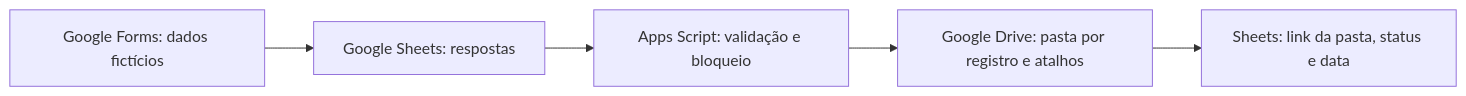
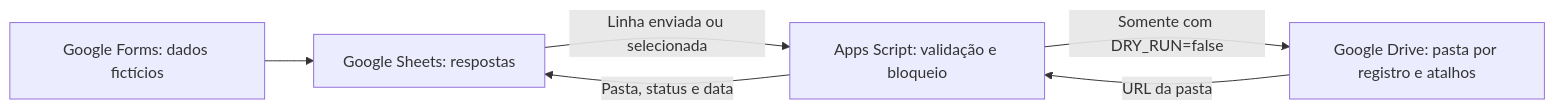
The diagram in README.md (leviroiz/rh-admission-automation-demo), drawn with Mermaid before and after one commit. The commit also changed other lines of this file, not shown here.

````diff
--- a/README.md
+++ b/README.md
@@ -13,7 +27,8 @@
 ```mermaid
 flowchart LR
-  F[Google Forms: dados fictícios] --> S[Google Sheets: respostas]
-  S --> A[Apps Script: validação e bloqueio]
-  A --> D[Google Drive: pasta por registro e atalhos]
-  D --> R[Sheets: link da pasta, status e data]
+  F["Google Forms: dados fictícios"] --> S["Google Sheets: respostas"]
+  S -->|"Linha enviada ou selecionada"| A["Apps Script: validação e bloqueio"]
+  A -->|"Somente com DRY_RUN=false"| D["Google Drive: pasta por registro e atalhos"]
+  D -->|"URL da pasta"| A
+  A -->|"Pasta, status e data"| S
 ```
````
